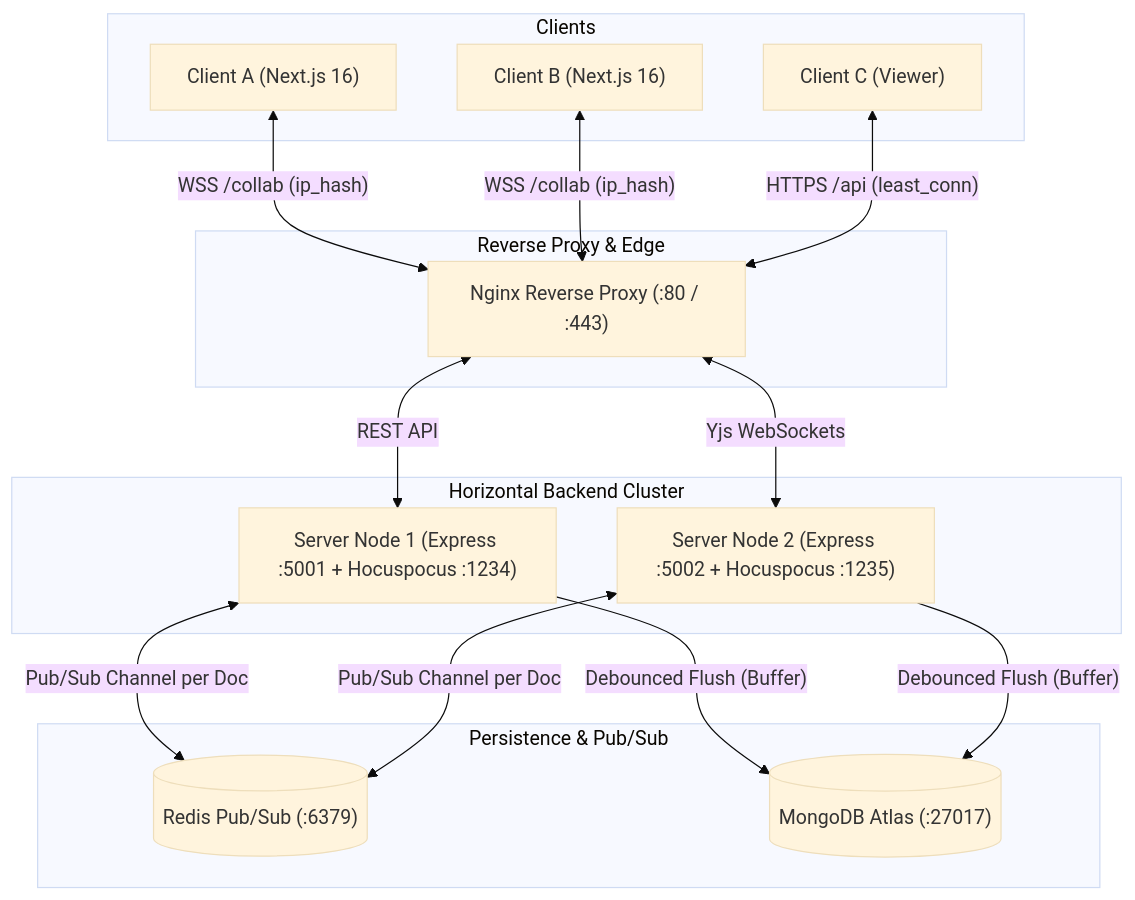
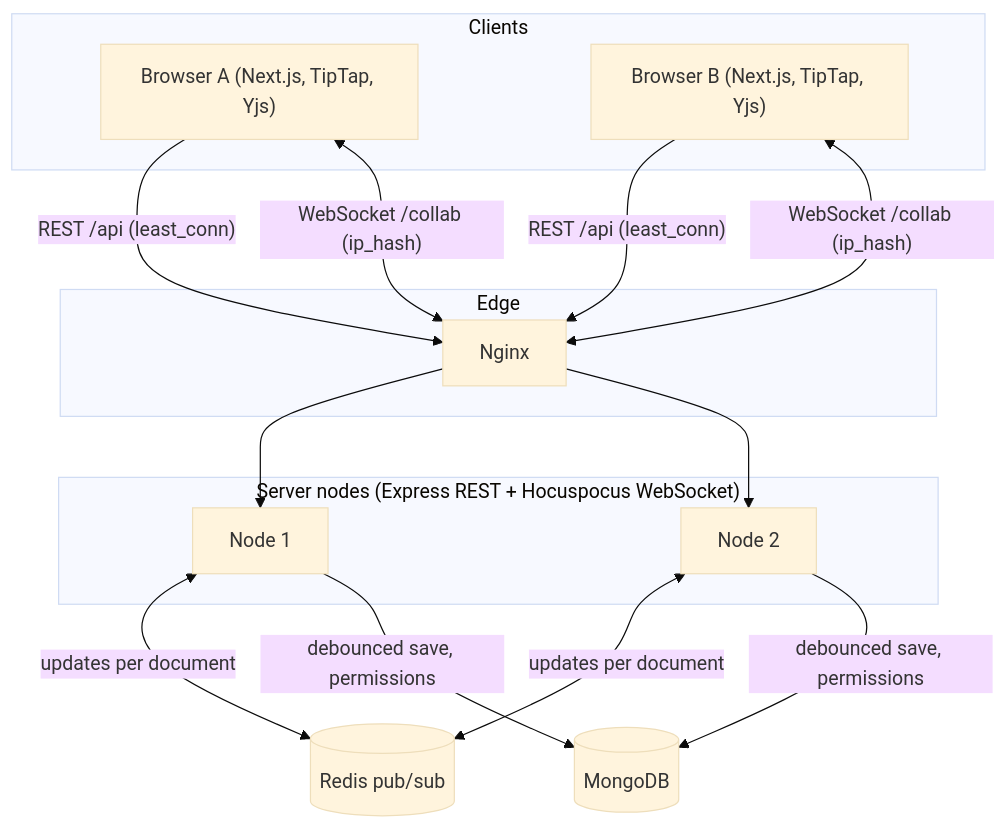
One commit to HarshMishra2803/KagazAi changed the diagram in README.md. Above: the diagram before and after it, drawn with Mermaid (base theme). The commit also changed other lines of this file, not shown here.

````diff
--- a/README.md
+++ b/README.md
@@ -9,35 +56,33 @@
 ```mermaid
 graph TD
     subgraph Clients
-        BrowserA["Client A (Next.js 16)"]
-        BrowserB["Client B (Next.js 16)"]
-        BrowserC["Client C (Viewer)"]
+        A["Browser A (Next.js, TipTap, Yjs)"]
+        B["Browser B (Next.js, TipTap, Yjs)"]
     end
 
-    subgraph Edge["Reverse Proxy & Edge"]
-        Nginx["Nginx Reverse Proxy (:80 / :443)"]
+    subgraph Edge
+        N["Nginx"]
     end
 
-    subgraph BackendCluster["Horizontal Backend Cluster"]
-        Node1["Server Node 1 (Express :5001 + Hocuspocus :1234)"]
-        Node2["Server Node 2 (Express :5002 + Hocuspocus :1235)"]
+    subgraph Servers["Server nodes (Express REST + Hocuspocus WebSocket)"]
+        S1["Node 1"]
+        S2["Node 2"]
     end
 
-    subgraph DistributedState["Persistence & Pub/Sub"]
-        Redis[("Redis Pub/Sub (:6379)")]
-        Mongo[("MongoDB Atlas (:27017)")]
-    end
+    R[("Redis pub/sub")]
+    M[("MongoDB")]
 
-    BrowserA <-->|"WSS /collab (ip_hash)"| Nginx
-    BrowserB <-->|"WSS /collab (ip_hash)"| Nginx
-    BrowserC <-->|"HTTPS /api (least_conn)"| Nginx
+    A -->|"REST /api (least_conn)"| N
+    B -->|"REST /api (least_conn)"| N
+    A <-->|"WebSocket /collab (ip_hash)"| N
+    B <-->|"WebSocket /collab (ip_hash)"| N
 
-    Nginx <-->|"REST API"| Node1
-    Nginx <-->|"Yjs WebSockets"| Node2
+    N --> S1
+    N --> S2
 
-    Node1 <-->|"Pub/Sub Channel per Doc"| Redis
-    Node2 <-->|"Pub/Sub Channel per Doc"| Redis
+    S1 <-->|"updates per document"| R
+    S2 <-->|"updates per document"| R
 
-    Node1 -->|"Debounced Flush (Buffer)"| Mongo
-    Node2 -->|"Debounced Flush (Buffer)"| Mongo
+    S1 -->|"debounced save, permissions"| M
+    S2 -->|"debounced save, permissions"| M
 ```
````
